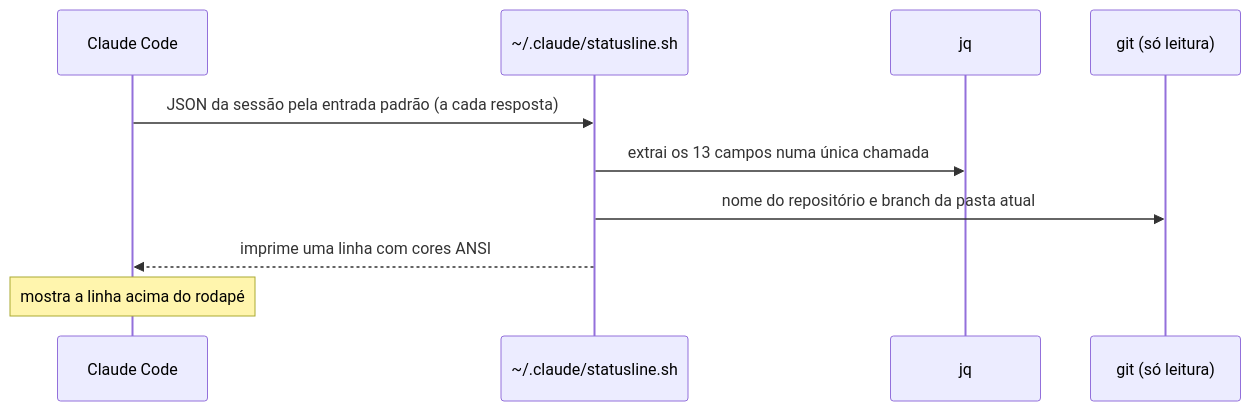
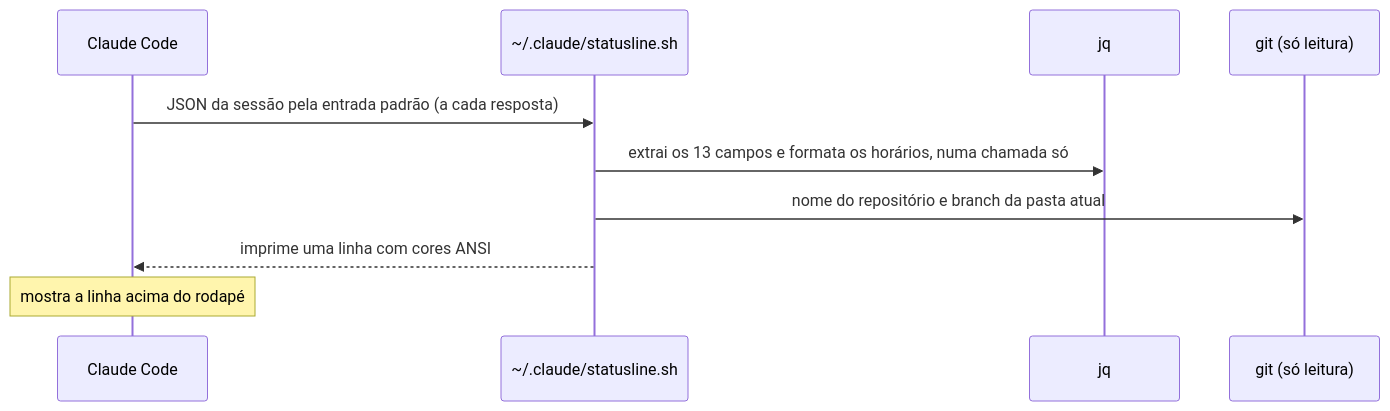
The diagram in README.md (julianol1berato/statusbar-claude), drawn with Mermaid before and after one commit. The commit also changed other lines of this file and 4 other files, not shown here.

````diff
--- a/README.md
+++ b/README.md
@@ -188,12 +194,12 @@
 ```mermaid
 sequenceDiagram
     participant CC as Claude Code
     participant SL as ~/.claude/statusline.sh
     participant JQ as jq
     participant G as git (só leitura)
     CC->>SL: JSON da sessão pela entrada padrão (a cada resposta)
-    SL->>JQ: extrai os 13 campos numa única chamada
+    SL->>JQ: extrai os 13 campos e formata os horários, numa chamada só
     SL->>G: nome do repositório e branch da pasta atual
     SL-->>CC: imprime uma linha com cores ANSI
     Note over CC: mostra a linha acima do rodapé
 ```
````
